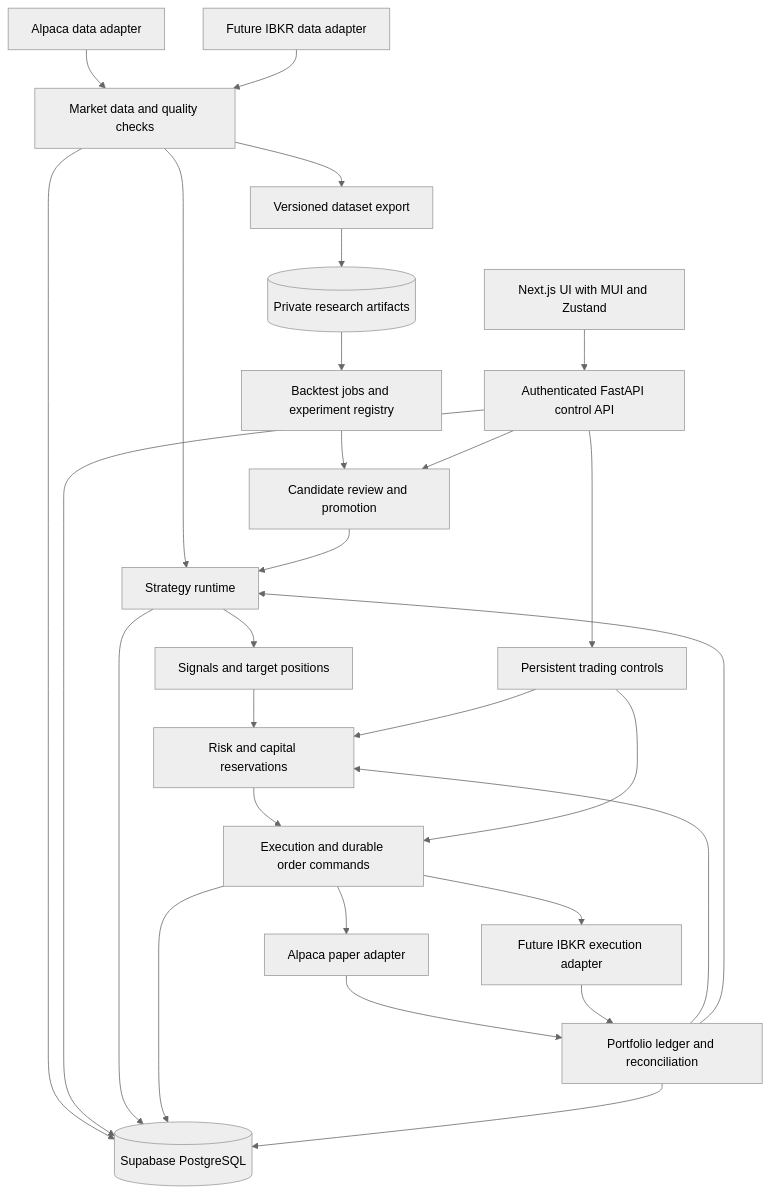
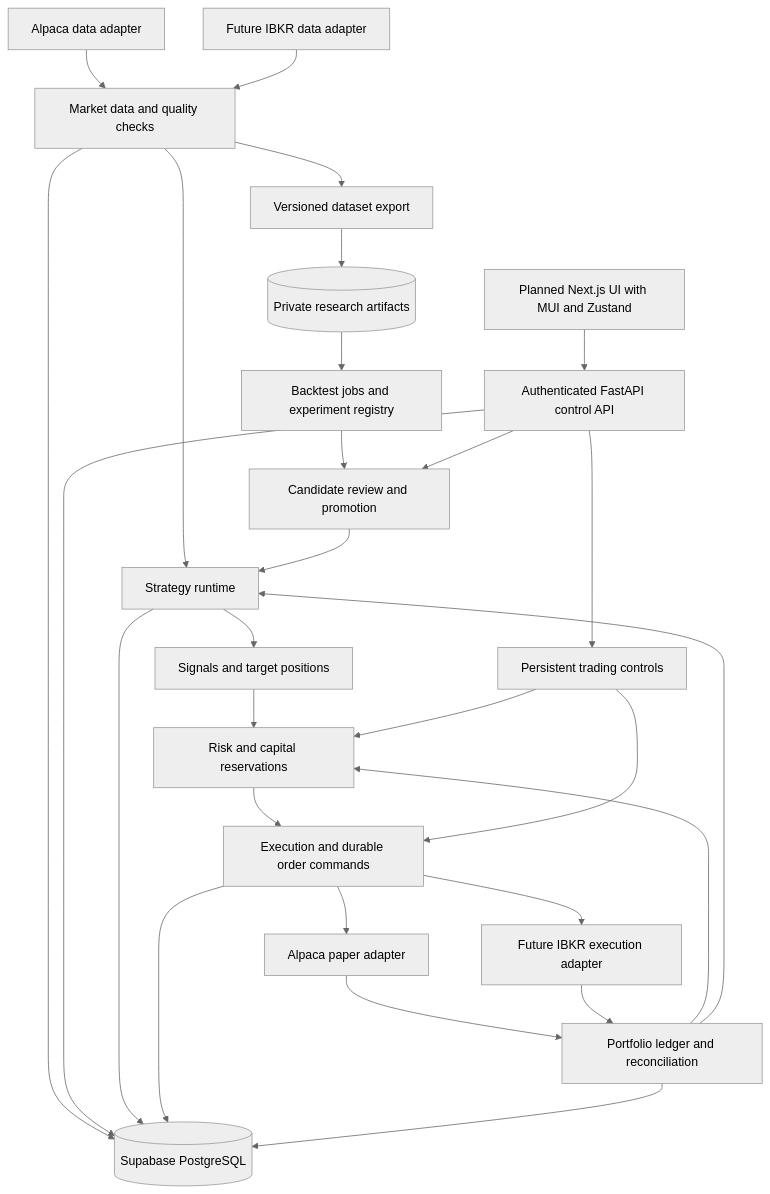
The diagram in docs/trading-platform-plan.md (parishwolfe/bagel), drawn with Mermaid (neutral theme) before and after one commit. The commit also changed other lines of this file and 42 other files, not shown here.

````diff
--- a/docs/trading-platform-plan.md
+++ b/docs/trading-platform-plan.md
@@ -79,30 +106,30 @@
 ```mermaid
 flowchart TB
   A[Alpaca data adapter] --> MD[Market data and quality checks]
   I[Future IBKR data adapter] --> MD
   MD --> DB[(Supabase PostgreSQL)]
   MD --> DS[Versioned dataset export]
   DS --> OBJ[(Private research artifacts)]
   OBJ --> BT[Backtest jobs and experiment registry]
   BT --> C[Candidate review and promotion]
   MD --> S[Strategy runtime]
   S --> T[Signals and target positions]
   T --> R[Risk and capital reservations]
   R --> E[Execution and durable order commands]
   E --> AP[Alpaca paper adapter]
   E --> IB[Future IBKR execution adapter]
   AP --> P[Portfolio ledger and reconciliation]
   IB --> P
   P --> R
   P --> S
   C --> S
-  UI[Next.js UI with MUI and Zustand] --> API[Authenticated FastAPI control API]
+  UI[Planned Next.js UI with MUI and Zustand] --> API[Authenticated FastAPI control API]
   API --> DB
   API --> C
   API --> K[Persistent trading controls]
   K --> R
   K --> E
   S --> DB
   E --> DB
   P --> DB
 ```
````
